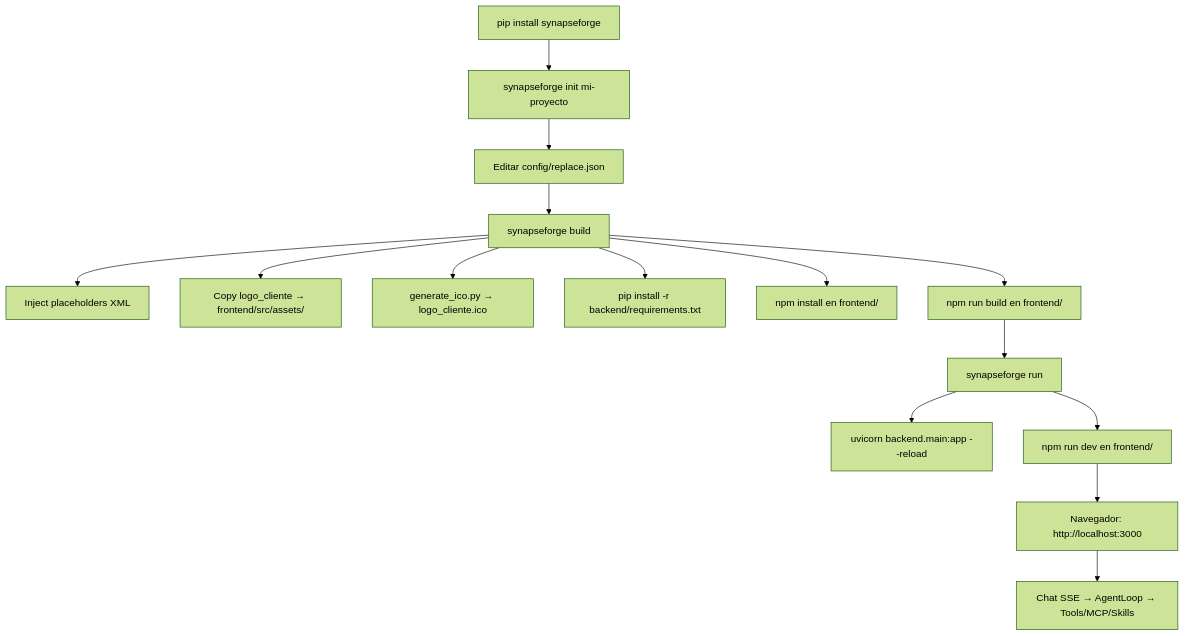
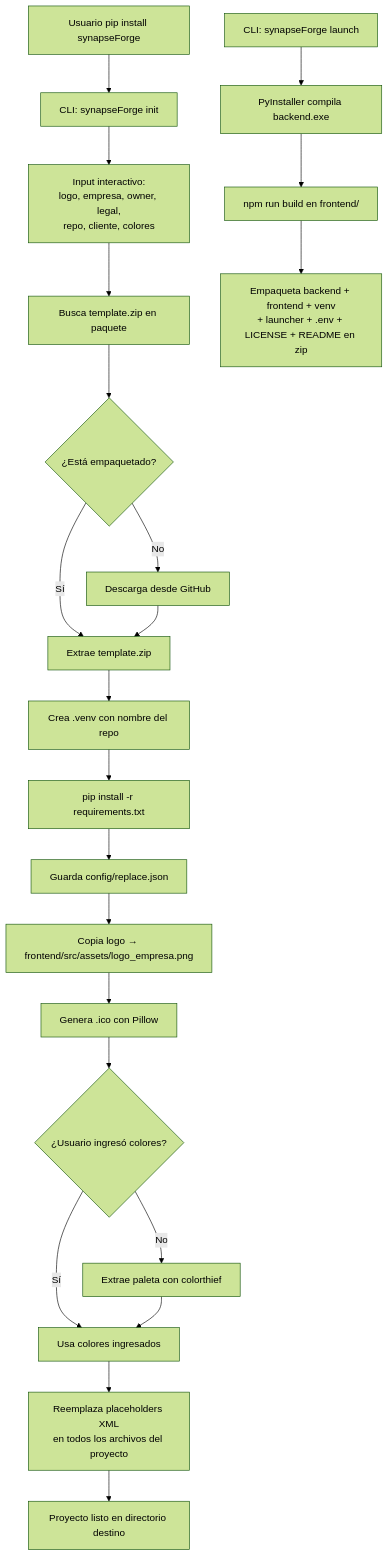
Before and after one commit to synapse-ai-hub/synapseForge: the diagram in README.md, drawn with Mermaid (forest theme). The commit also changed other lines of this file and 5 other files, not shown here.

````diff
--- a/README.md
+++ b/README.md
@@ -215,17 +155,25 @@
 ```mermaid
 flowchart TD
-    A[pip install synapseforge] --> B[synapseforge init mi-proyecto]
-    B --> C[Editar config/replace.json]
-    C --> D[synapseforge build]
-    D --> D1[Inject placeholders XML]
-    D --> D2[Copy logo_cliente → frontend/src/assets/]
-    D --> D3[generate_ico.py → logo_cliente.ico]
-    D --> D4[pip install -r backend/requirements.txt]
-    D --> D5[npm install en frontend/]
-    D --> D6[npm run build en frontend/]
-    D6 --> E[synapseforge run]
-    E --> E1[uvicorn backend.main:app --reload]
-    E --> E2[npm run dev en frontend/]
-    E2 --> F[Navegador: http://localhost:3000]
-    F --> G[Chat SSE → AgentLoop → Tools/MCP/Skills]
+    A[Usuario pip install synapseForge] --> B[CLI: synapseForge init]
+    B --> C[Input interactivo:\nlogo, empresa, owner, legal,\nrepo, cliente, colores]
+    C --> D[Busca template.zip en paquete]
+    D --> E{¿Está empaquetado?}
+    E -->|Sí| F[Extrae template.zip]
+    E -->|No| G[Descarga desde GitHub]
+    G --> F
+    F --> H[Crea .venv con nombre del repo]
+    H --> I[pip install -r requirements.txt]
+    I --> J[Guarda config/replace.json]
+    J --> K[Copia logo → frontend/src/assets/logo_empresa.png]
+    K --> L[Genera .ico con Pillow]
+    L --> M{¿Usuario ingresó colores?}
+    M -->|Sí| N[Usa colores ingresados]
+    M -->|No| O[Extrae paleta con colorthief]
+    O --> N
+    N --> P[Reemplaza placeholders XML\nen todos los archivos del proyecto]
+    P --> Q[Proyecto listo en directorio destino]
+
+    R[CLI: synapseForge launch] --> S[PyInstaller compila backend.exe]
+    S --> T[npm run build en frontend/]
+    T --> U[Empaqueta backend + frontend + venv\n+ launcher + .env + LICENSE + README en zip]
 ```
````
